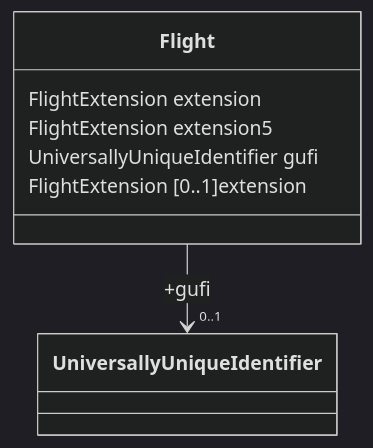
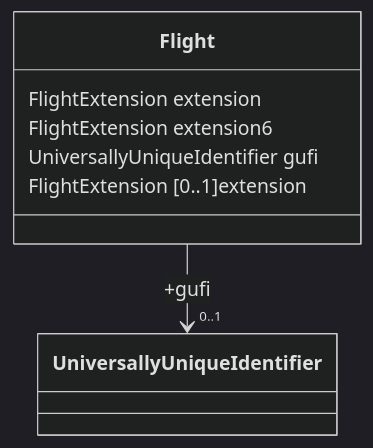
The first of 3 diagrams in docs/fixm/FIXM_UML_in_mermaid.md (du-lapin/test_docsify), drawn with Mermaid (dark theme) before and after one commit. The commit also changed other lines of this file, not shown here.

````diff
--- a/docs/fixm/FIXM_UML_in_mermaid.md
+++ b/docs/fixm/FIXM_UML_in_mermaid.md
@@ -4,10 +4,10 @@
 ```mermaid
 classDiagram
 class Flight{
 FlightExtension extension
-FlightExtension extension5
+FlightExtension extension6
 UniversallyUniqueIdentifier gufi
 }
 Flight : FlightExtension [0..1]extension
 Flight --> "0..1"  UniversallyUniqueIdentifier : +gufi
 ```
````
